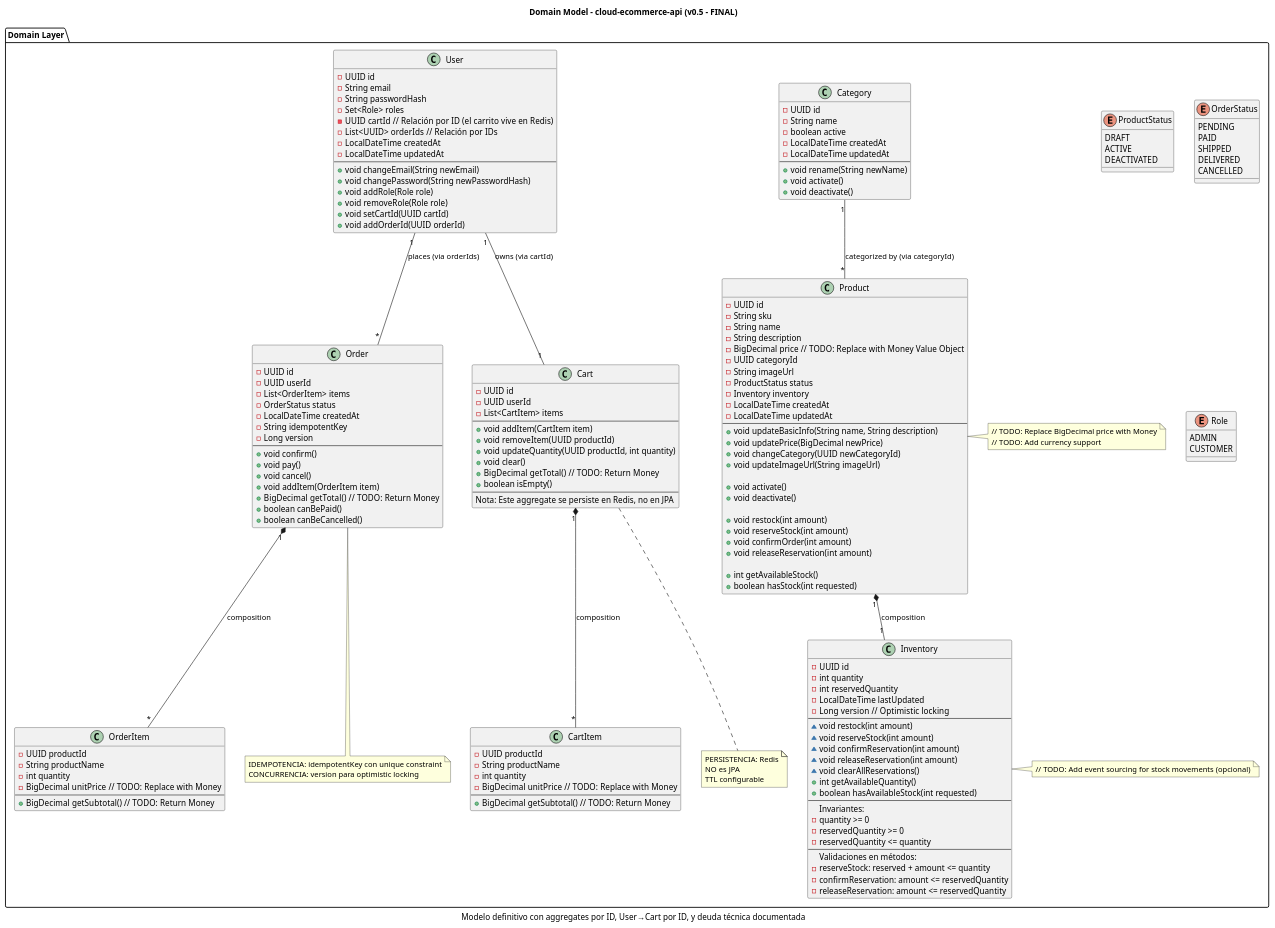
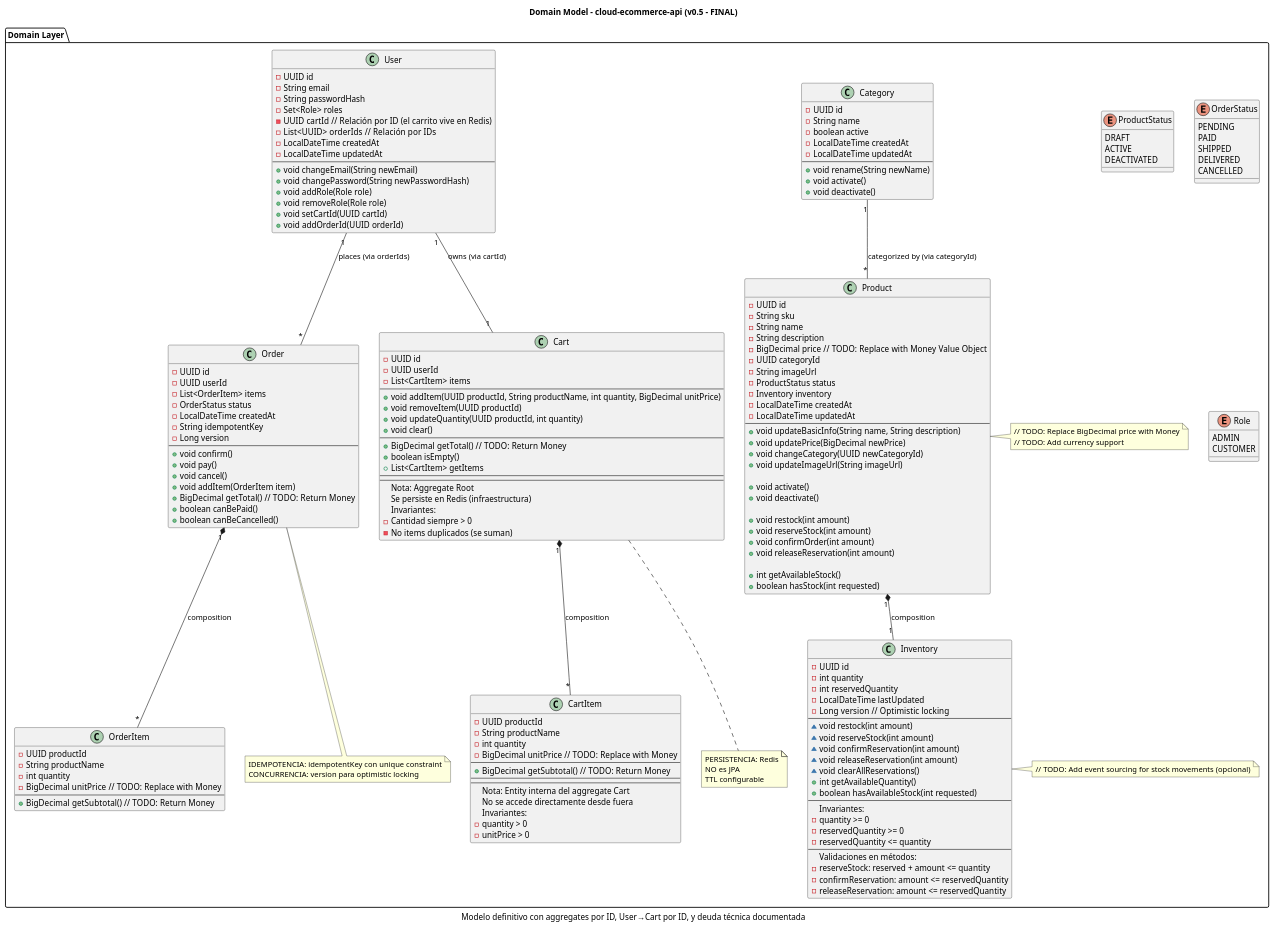
Before and after one commit to marcobustosblas/cloud-ecommerce-api: the diagram in docs/diagrams/domain-model.puml, drawn with PlantUML.

Commit message:
docs(cart): update domain diagram with Cart aggregate

```diff
--- a/docs/diagrams/domain-model.puml
+++ b/docs/diagrams/domain-model.puml
@@ -119,14 +119,21 @@
         - UUID userId
         - List<CartItem> items
         ---
-        + void addItem(CartItem item)
+        + void addItem(UUID productId, String productName, int quantity, BigDecimal unitPrice)
         + void removeItem(UUID productId)
         + void updateQuantity(UUID productId, int quantity)
         + void clear()
+        ---
         + BigDecimal getTotal()  // TODO: Return Money
         + boolean isEmpty()
+        + List<CartItem> getItems
+        ---
         --
-        Nota: Este aggregate se persiste en Redis, no en JPA
+        Nota: Aggregate Root
+        Se persiste en Redis (infraestructura)
+        Invariantes:
+         - Cantidad siempre > 0
+         - No items duplicados (se suman)
     }
 
     class CartItem {
@@ -136,6 +143,13 @@
         - BigDecimal unitPrice  // TODO: Replace with Money
         ---
         + BigDecimal getSubtotal()  // TODO: Return Money
+        ---
+        --
+        Nota: Entity interna del aggregate Cart
+        No se accede directamente desde fuera
+        Invariantes:
+        - quantity > 0
+        - unitPrice > 0
     }
 
     enum Role {
```
